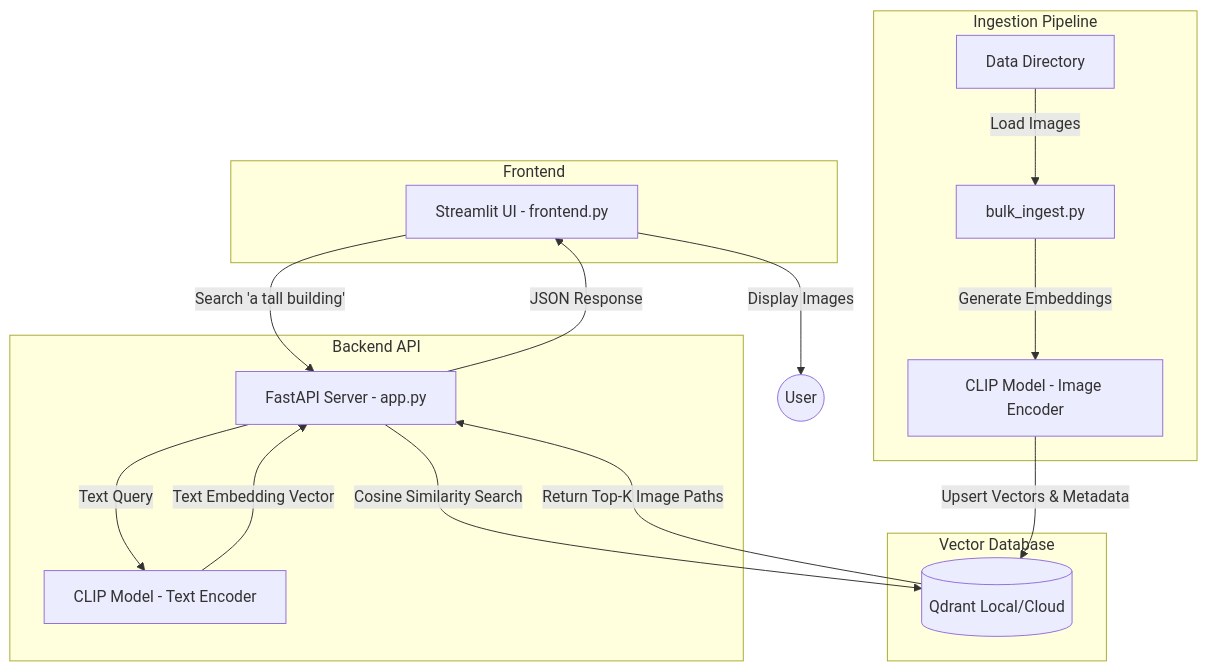
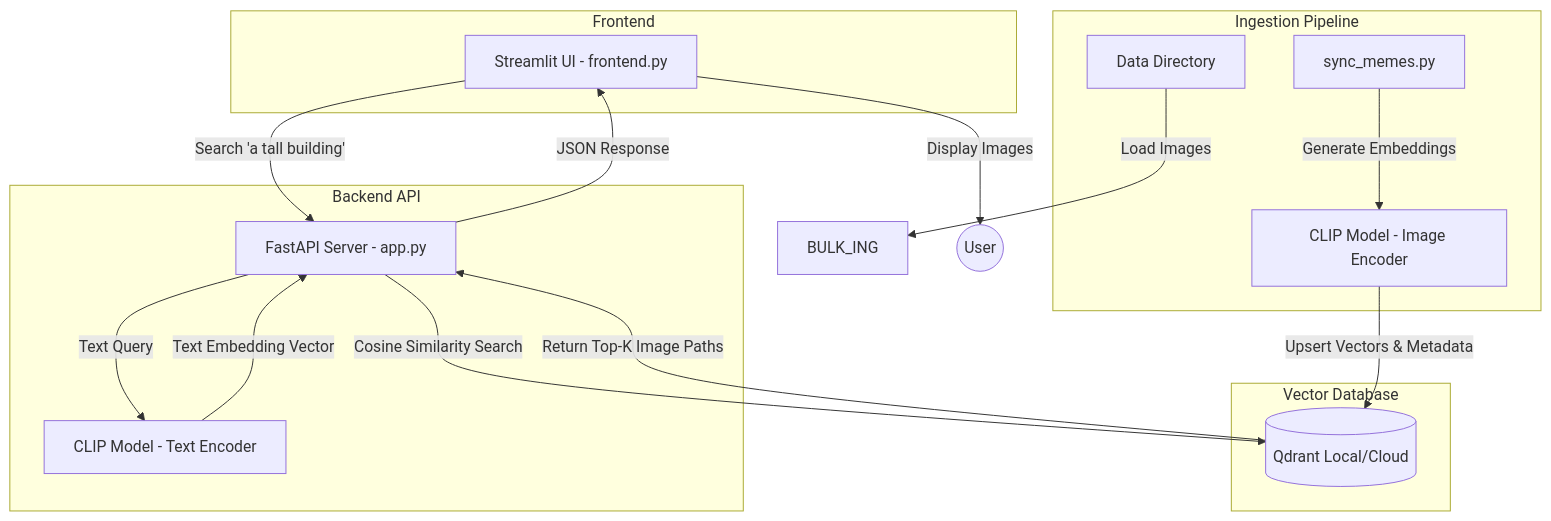
One commit to levithion/Lumina changed the diagram in README.md. Above: the diagram before and after it, drawn with Mermaid. The commit also changed 8191 other files, not shown here.

````diff
--- a/README.md
+++ b/README.md
@@ -38,35 +38,35 @@
 ```mermaid
 graph TD
     subgraph Frontend
     UI[Streamlit UI - frontend.py]
     end
 
     subgraph Backend API
     API[FastAPI Server - app.py]
     CLIP_TXT[CLIP Model - Text Encoder]
     end
 
     subgraph Vector Database
     QDRANT[(Qdrant Local/Cloud)]
     end
 
     subgraph Ingestion Pipeline
     IMG_DIR[Data Directory]
-    BULK_ING[bulk_ingest.py]
+    INGEST[sync_memes.py]
     CLIP_IMG[CLIP Model - Image Encoder]
     end
 
     %% Data Flow
     IMG_DIR -- Load Images --> BULK_ING
-    BULK_ING -- Generate Embeddings --> CLIP_IMG
+    INGEST -- Generate Embeddings --> CLIP_IMG
     CLIP_IMG -- Upsert Vectors & Metadata --> QDRANT
 
     %% Search Flow
     UI -- "Search 'a tall building'" --> API
     API -- Text Query --> CLIP_TXT
     CLIP_TXT -- Text Embedding Vector --> API
     API -- Cosine Similarity Search --> QDRANT
     QDRANT -- Return Top-K Image Paths --> API
     API -- JSON Response --> UI
     UI -- Display Images --> User((User))
 ```
````
